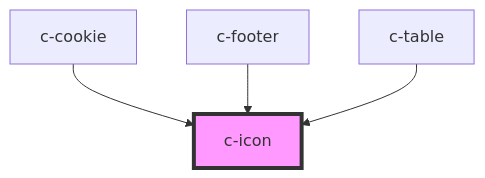
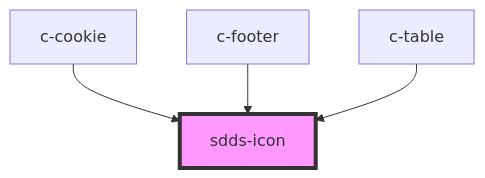
Before and after one commit to scania-digital-design-system/sdds: the diagram in components/src/components/icon/readme.md, drawn with Mermaid. The commit also changed other lines of this file and 14 other files, not shown here.

First line of the commit message:
Replace c-icon with sdds-icon

````diff
--- a/components/src/components/icon/readme.md
+++ b/components/src/components/icon/readme.md
@@ -24,7 +24,7 @@
 ```mermaid
 graph TD;
-  c-cookie --> c-icon
-  c-footer --> c-icon
-  c-table --> c-icon
-  style c-icon fill:#f9f,stroke:#333,stroke-width:4px
+  c-cookie --> sdds-icon
+  c-footer --> sdds-icon
+  c-table --> sdds-icon
+  style sdds-icon fill:#f9f,stroke:#333,stroke-width:4px
 ```
````
